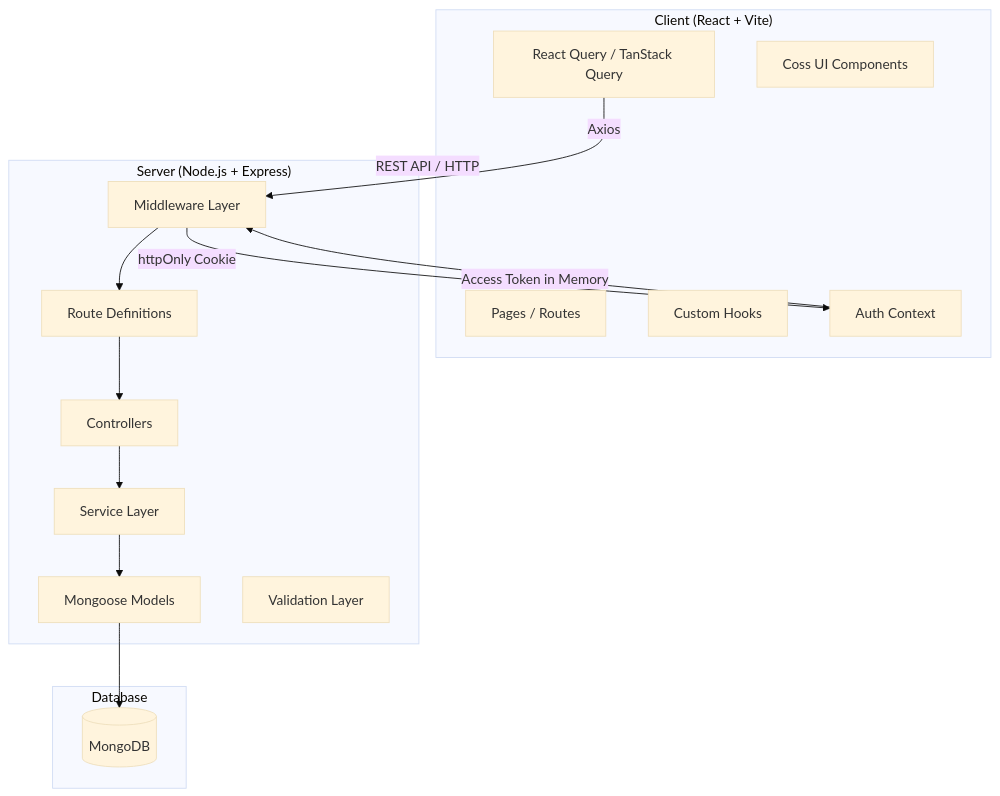
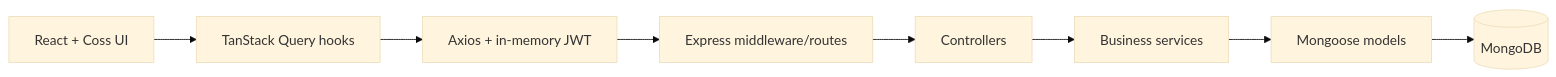
The diagram in docs/03-ARCHITECTURE.md (durgeshpatel-dev/com.bot-Roadly), drawn with Mermaid (base theme) before and after one commit. The commit also changed other lines of this file and 27 other files, not shown here.

````diff
--- a/docs/03-ARCHITECTURE.md
+++ b/docs/03-ARCHITECTURE.md
@@ -7,34 +5,10 @@
 ```mermaid
-graph TB
-    subgraph Client ["Client (React + Vite)"]
-        UI[Coss UI Components]
-        Pages[Pages / Routes]
-        Hooks[Custom Hooks]
-        RQ[React Query / TanStack Query]
-        AuthCtx[Auth Context]
-    end
-
-    subgraph Server ["Server (Node.js + Express)"]
-        MW[Middleware Layer]
-        Routes[Route Definitions]
-        Controllers[Controllers]
-        Services[Service Layer]
-        Models[Mongoose Models]
-        Validators[Validation Layer]
-    end
-
-    subgraph Database ["Database"]
-        MongoDB[(MongoDB)]
-    end
-
-    Client -->|REST API / HTTP| Server
-    RQ -->|Axios| MW
-    MW --> Routes
-    Routes --> Controllers
-    Controllers --> Services
-    Services --> Models
-    Models --> MongoDB
-
-    AuthCtx -->|Access Token in Memory| MW
-    MW -->|httpOnly Cookie| AuthCtx
+flowchart LR
+  UI[React + Coss UI] --> Query[TanStack Query hooks]
+  Query --> Axios[Axios + in-memory JWT]
+  Axios --> Routes[Express middleware/routes]
+  Routes --> Controllers[Controllers]
+  Controllers --> Services[Business services]
+  Services --> Models[Mongoose models]
+  Models --> Mongo[(MongoDB)]
 ```
````
